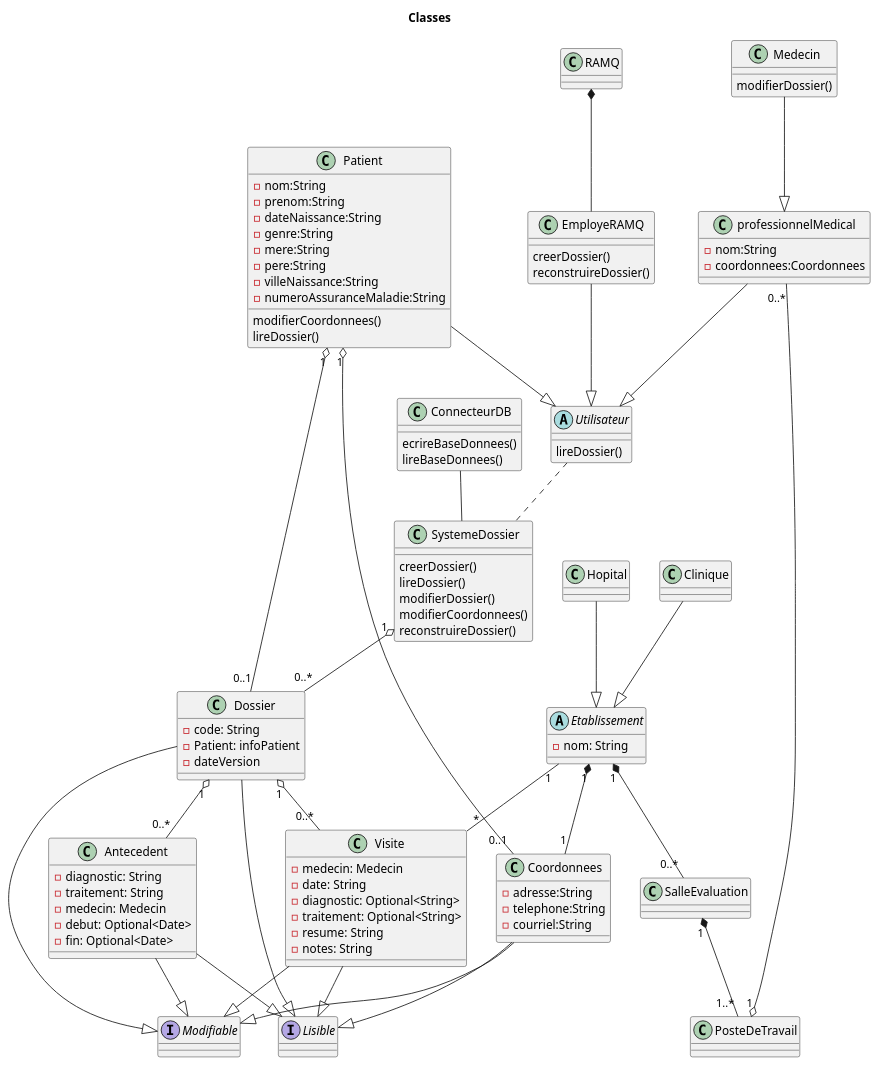
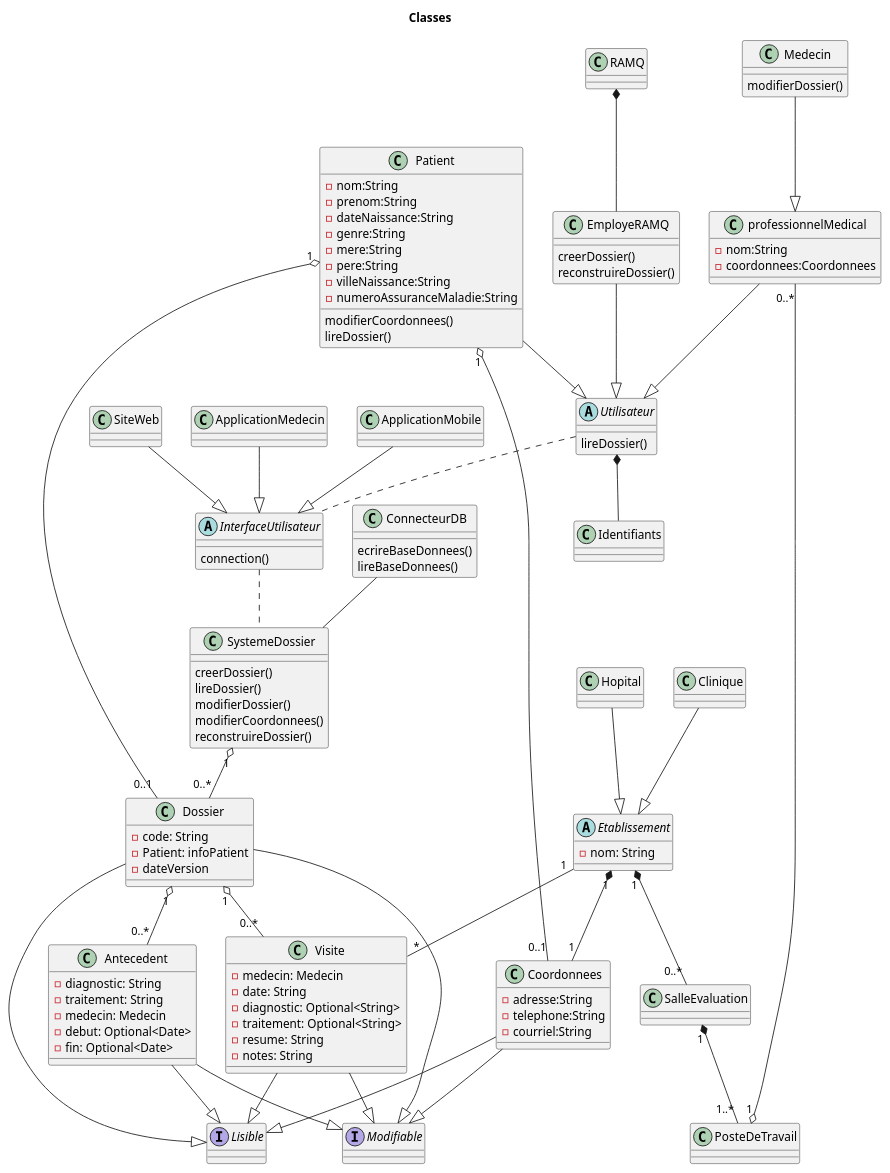
One commit to vbrayuqam/projet-genielog changed the diagram in classes.puml. Above: the diagram before and after it, drawn with PlantUML. The commit also changed 1 other file, not shown here.

```diff
--- a/classes.puml
+++ b/classes.puml
@@ -1,139 +1,166 @@
 @startuml Classes
 
 title Classes
 
 class SystemeDossier{
     creerDossier()
     lireDossier()
     modifierDossier()
     modifierCoordonnees()
     reconstruireDossier()
 
 
 }
 
 class ConnecteurDB{
     ecrireBaseDonnees()
     lireBaseDonnees()
 }
 
 ConnecteurDB -- SystemeDossier
+
+class SiteWeb{
+
+}
+
+
+Utilisateur *-- Identifiants
+
+
+
+class ApplicationMedecin{
+
+}
+
+class ApplicationMobile{
+
+}
+
+abstract InterfaceUtilisateur{
+    connection()
+}
+
+ApplicationMedecin --|> InterfaceUtilisateur
+ApplicationMobile --|> InterfaceUtilisateur
+SiteWeb --|> InterfaceUtilisateur
+
+InterfaceUtilisateur .. SystemeDossier
 
 
 class Dossier{
     - code: String
     - Patient: infoPatient
     - dateVersion
 }
 
 interface Lisible{}
 interface Modifiable{}
 
 Dossier --|> Lisible
 Dossier --|> Modifiable
 
 class Antecedent{
     - diagnostic: String
     - traitement: String
     - medecin: Medecin
     - debut: Optional<Date>
     - fin: Optional<Date>
 }
 
 Antecedent --|> Lisible
 Antecedent --|> Modifiable
 
 class Visite{
     - medecin: Medecin
     - date: String
     - diagnostic: Optional<String>
     - traitement: Optional<String>
     - resume: String
     - notes: String
 }
 
 Visite --|> Lisible
 Visite --|> Modifiable
 
 class Medecin{
     modifierDossier()
 
 }
 
 class Coordonnees{
     -adresse:String
     -telephone:String
     -courriel:String
 }
 
 Coordonnees --|> Lisible
 Coordonnees --|> Modifiable
 
 class professionnelMedical{
     -nom:String
     -coordonnees:Coordonnees
 }
 
 class Patient{
     -nom:String
     -prenom:String
     -dateNaissance:String
     -genre:String
     -mere:String
     -pere:String
     -villeNaissance:String
     -numeroAssuranceMaladie:String
     modifierCoordonnees()
     lireDossier()
 }
 
 class RAMQ{}
 
 RAMQ *-- EmployeRAMQ
 
 class EmployeRAMQ{
     creerDossier()
     reconstruireDossier()
 }
 
 class SalleEvaluation{}
 class PosteDeTravail{}
 
 
 abstract Utilisateur{
     lireDossier()
 }
 
 class Hopital{}
 class Clinique{}
 
 abstract Etablissement{
     - nom: String
 }
 
 Patient --|> Utilisateur
 professionnelMedical --|> Utilisateur
 
-Utilisateur .. SystemeDossier
+Utilisateur .. InterfaceUtilisateur
 
 
 Hopital --|> Etablissement
 Clinique --|> Etablissement
 EmployeRAMQ --|> Utilisateur
 Etablissement "1" *-- "1" Coordonnees
 Etablissement "1" *-- "0..*" SalleEvaluation
 SalleEvaluation "1" *-- "1..*" PosteDeTravail
 Patient "1" o-- "0..1" Coordonnees
 Medecin --|> professionnelMedical
 professionnelMedical "0..*" --o "1" PosteDeTravail
 SystemeDossier "1" o-- "0..*" Dossier
 
 Patient "1" o-- "0..1" Dossier
 
 Dossier "1" o-- "0..*" Antecedent
 
 Dossier "1" o-- "0..*" Visite
 
 Etablissement "1" -- "*" Visite
 
 @enduml
```
